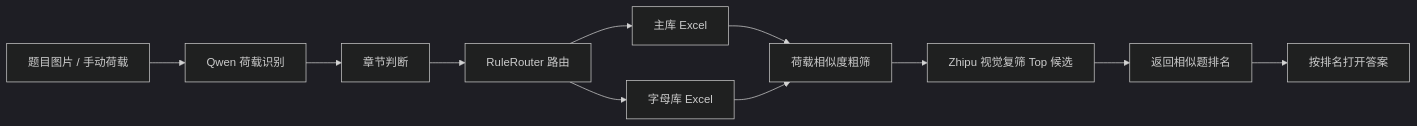
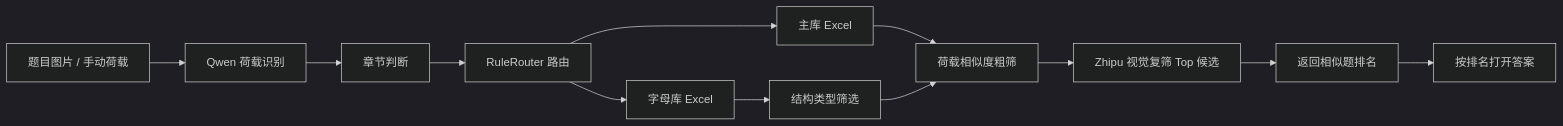
One commit to chai11w/structural-mechanics-ai-search changed the diagram in README.md. Above: the diagram before and after it, drawn with Mermaid (dark theme). The commit also changed other lines of this file and 11 other files, not shown here.

````diff
--- a/README.md
+++ b/README.md
@@ -27,13 +27,14 @@
 ```mermaid
 flowchart LR
     A["题目图片 / 手动荷载"] --> B["Qwen 荷载识别"]
     B --> C["章节判断"]
     C --> D["RuleRouter 路由"]
     D --> E["主库 Excel"]
     D --> F["字母库 Excel"]
-    E --> G["荷载相似度粗筛"]
-    F --> G
-    G --> H["Zhipu 视觉复筛 Top 候选"]
-    H --> I["返回相似题排名"]
-    I --> J["按排名打开答案"]
+    F --> G["结构类型筛选"]
+    E --> H["荷载相似度粗筛"]
+    G --> H
+    H --> I["Zhipu 视觉复筛 Top 候选"]
+    I --> J["返回相似题排名"]
+    J --> K["按排名打开答案"]
 ```
````
